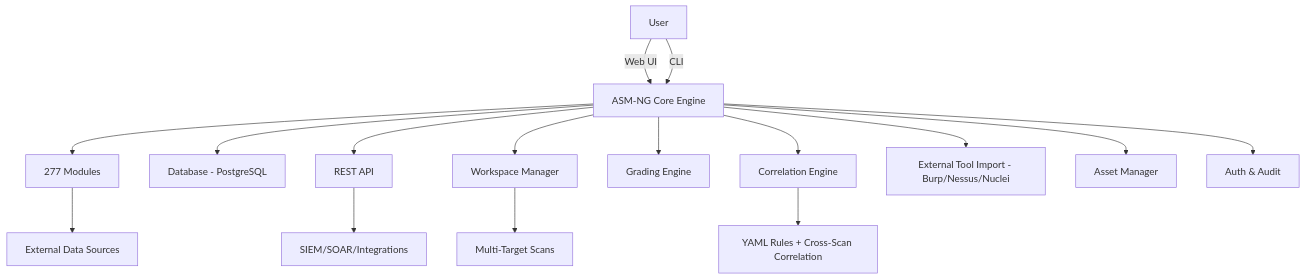
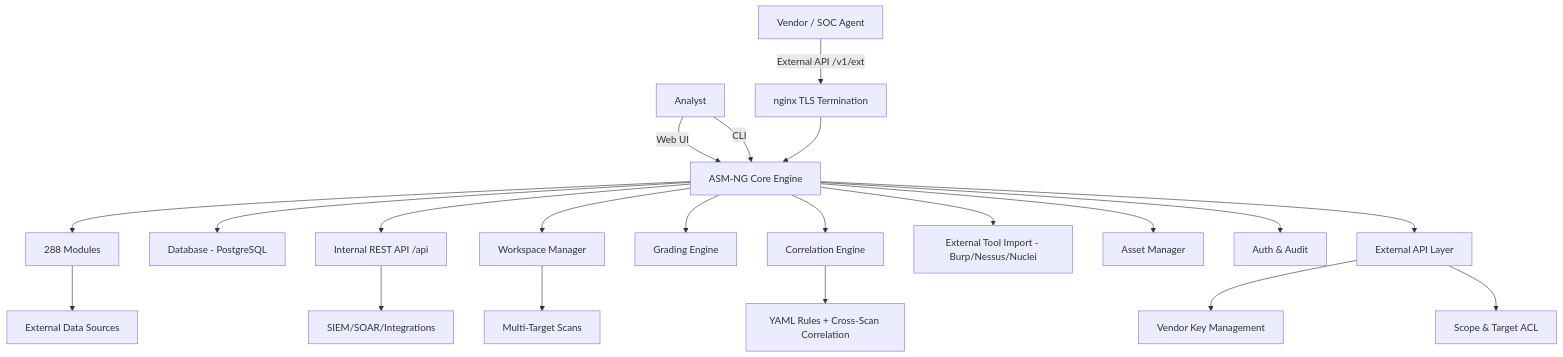
One commit to 0x31i/asm-ng changed the second of 2 diagrams in README.md. Above: the diagram before and after it, drawn with Mermaid. The commit also changed other lines of this file and 13 other files, not shown here.

````diff
--- a/README.md
+++ b/README.md
@@ -398,18 +494,23 @@
 ```mermaid
 graph TD;
-    A[User] -->|Web UI| B[ASM-NG Core Engine];
+    A[Analyst] -->|Web UI| B[ASM-NG Core Engine];
     A -->|CLI| B;
-    B --> C[277 Modules];
+    V[Vendor / SOC Agent] -->|External API /v1/ext| P[nginx TLS Termination];
+    P --> B;
+    B --> C[288 Modules];
     B --> D[Database - PostgreSQL];
-    B --> E[REST API];
+    B --> E[Internal REST API /api];
     B --> F[Workspace Manager];
     B --> G[Grading Engine];
     B --> H[Correlation Engine];
     C --> I[External Data Sources];
     E --> J[SIEM/SOAR/Integrations];
     F --> K[Multi-Target Scans];
     H --> L[YAML Rules + Cross-Scan Correlation];
     B --> M[External Tool Import - Burp/Nessus/Nuclei];
     B --> N[Asset Manager];
     B --> O[Auth & Audit];
+    B --> Q[External API Layer];
+    Q --> R[Vendor Key Management];
+    Q --> S[Scope & Target ACL];
 ```
````
